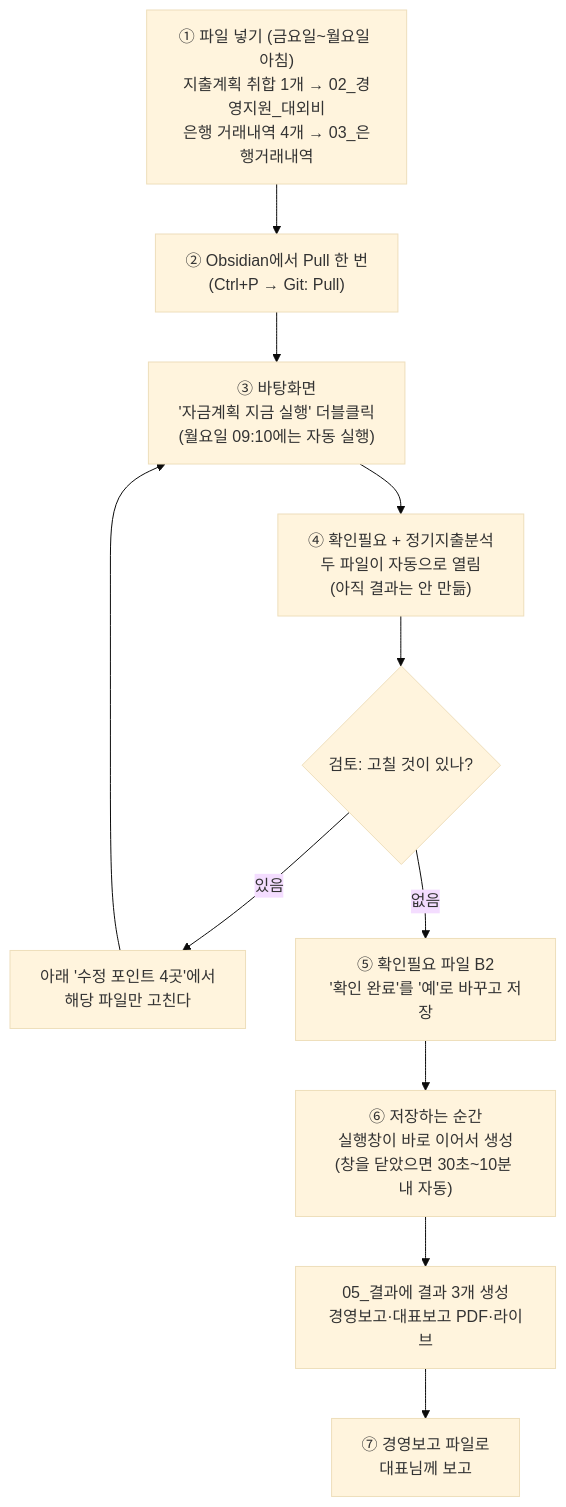
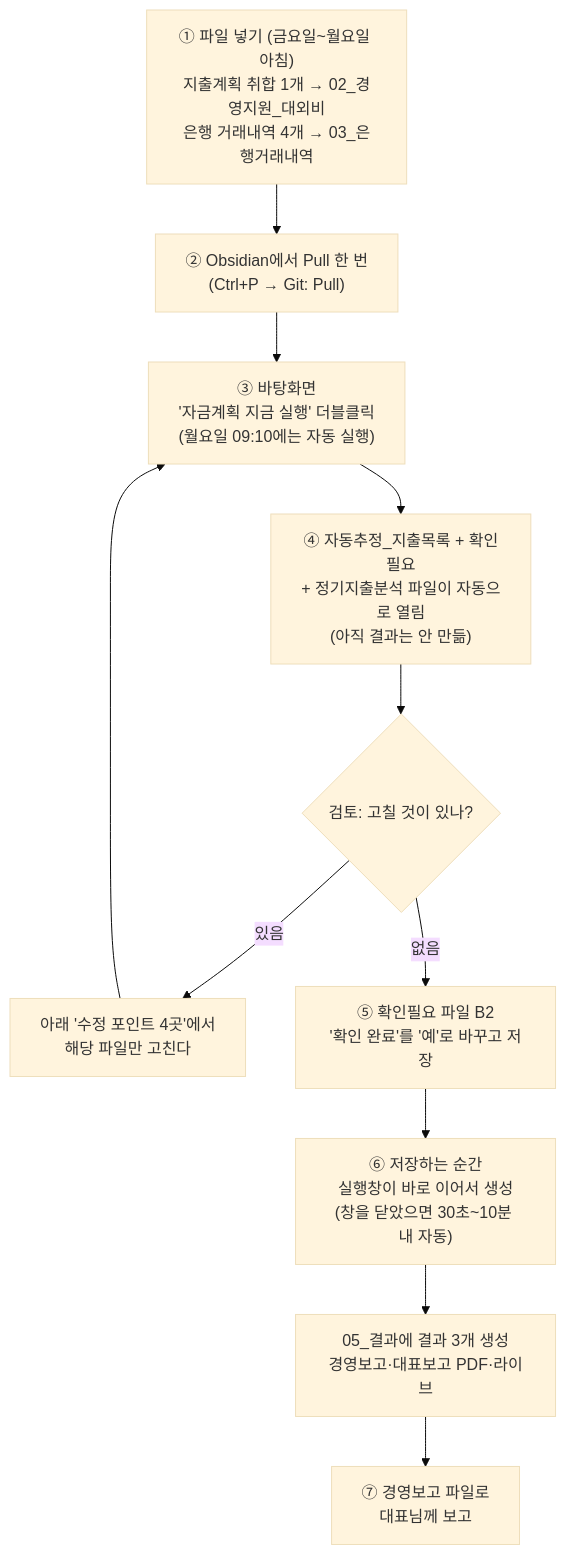
One commit to goldgarden9620419-maker/mynotes changed the diagram in 01-Projects/에이팜건강-주간자금계획-자동화/자금계획_자동화_순서도와_사용방법.md. Above: the diagram before and after it, drawn with Mermaid (base theme). The commit also changed other lines of this file and 2 other files, not shown here.

First line of the commit message:
확인 단계에서 자동추정_지출목록도 자동으로 열기

````diff
--- a/01-Projects/에이팜건강-주간자금계획-자동화/자금계획_자동화_순서도와_사용방법.md
+++ b/01-Projects/에이팜건강-주간자금계획-자동화/자금계획_자동화_순서도와_사용방법.md
@@ -8,13 +8,13 @@
 ```mermaid
 flowchart TD
     A["① 파일 넣기 (금요일~월요일 아침)<br>지출계획 취합 1개 → 02_경영지원_대외비<br>은행 거래내역 4개 → 03_은행거래내역"] --> B["② Obsidian에서 Pull 한 번<br>(Ctrl+P → Git: Pull)"]
     B --> C["③ 바탕화면<br>'자금계획 지금 실행' 더블클릭<br>(월요일 09:10에는 자동 실행)"]
-    C --> D["④ 확인필요 + 정기지출분석<br>두 파일이 자동으로 열림<br>(아직 결과는 안 만듦)"]
+    C --> D["④ 자동추정_지출목록 + 확인필요<br>+ 정기지출분석 파일이 자동으로 열림<br>(아직 결과는 안 만듦)"]
     D --> E{"검토: 고칠 것이 있나?"}
     E -- 있음 --> G["아래 '수정 포인트 4곳'에서<br>해당 파일만 고친다"]
     G --> C
     E -- 없음 --> H["⑤ 확인필요 파일 B2<br>'확인 완료'를 '예'로 바꾸고 저장"]
     H --> I["⑥ 저장하는 순간<br>실행창이 바로 이어서 생성<br>(창을 닫았으면 30초~10분 내 자동)"]
     I --> J["05_결과에 결과 3개 생성<br>경영보고·대표보고 PDF·라이브"]
     J --> K["⑦ 경영보고 파일로<br>대표님께 보고"]
 ```
````
